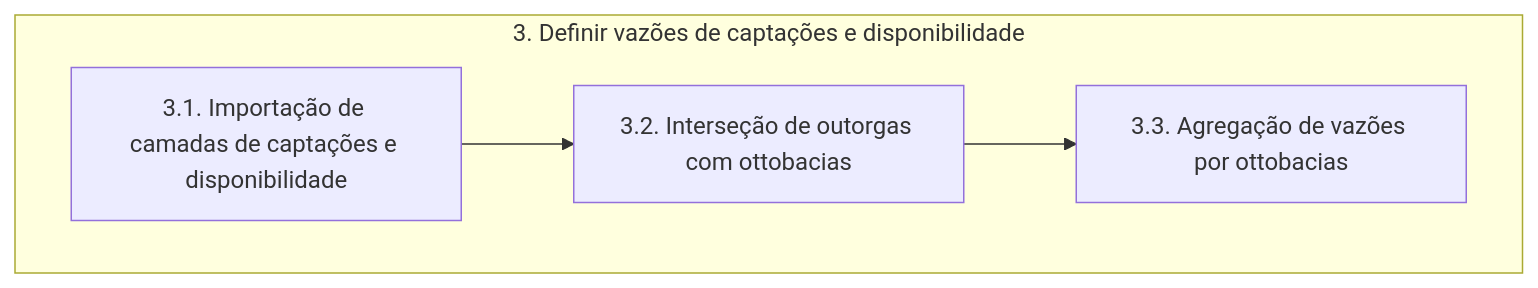
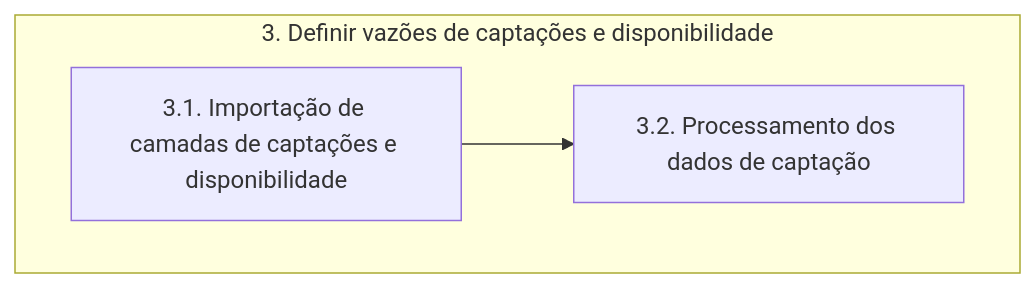
One commit to brunoguterres/ParaibaHidroGIS changed the fourth of 6 diagrams in pyqgis/documentacao.md. Above: the diagram before and after it, drawn with Mermaid. The commit also changed other lines of this file, not shown here.

````diff
--- a/pyqgis/documentacao.md
+++ b/pyqgis/documentacao.md
@@ -184,8 +181,7 @@
 ```mermaid
     flowchart TD
     subgraph A[3. Definir vazões de captações e disponibilidade]
         B[3.1. Importação de camadas de captações e disponibilidade]
-        B --> C[3.2. Interseção de outorgas com ottobacias]
-        C --> D[3.3. Agregação de vazões por ottobacias]
+        B --> C[3.2. Processamento dos dados de captação]
     end
 ```
````
